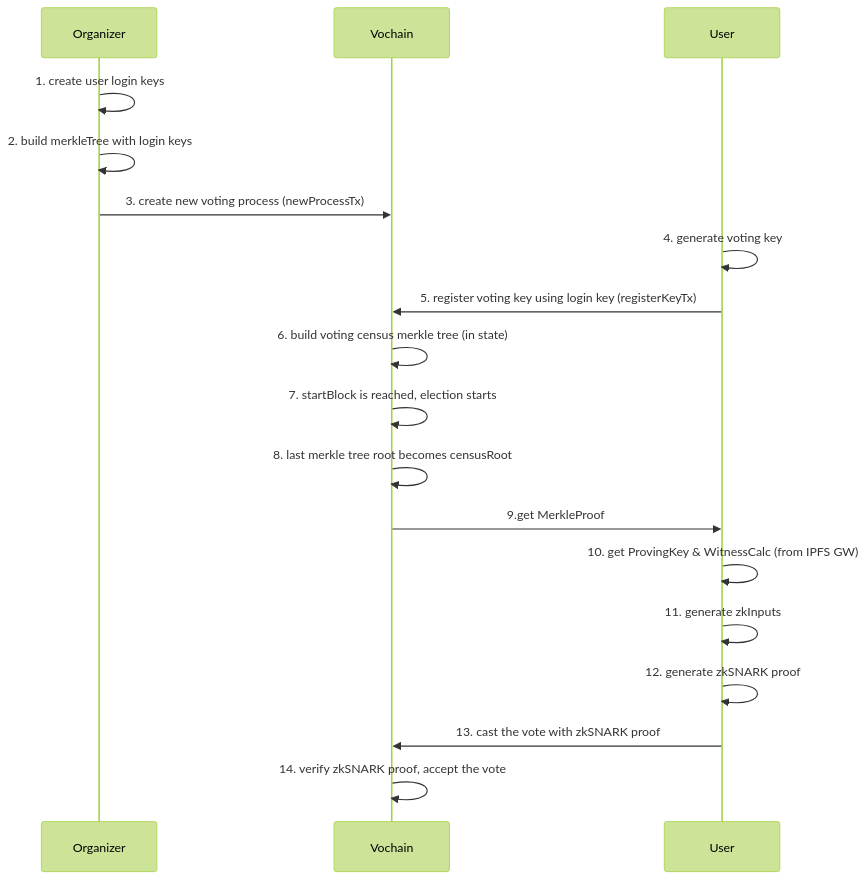
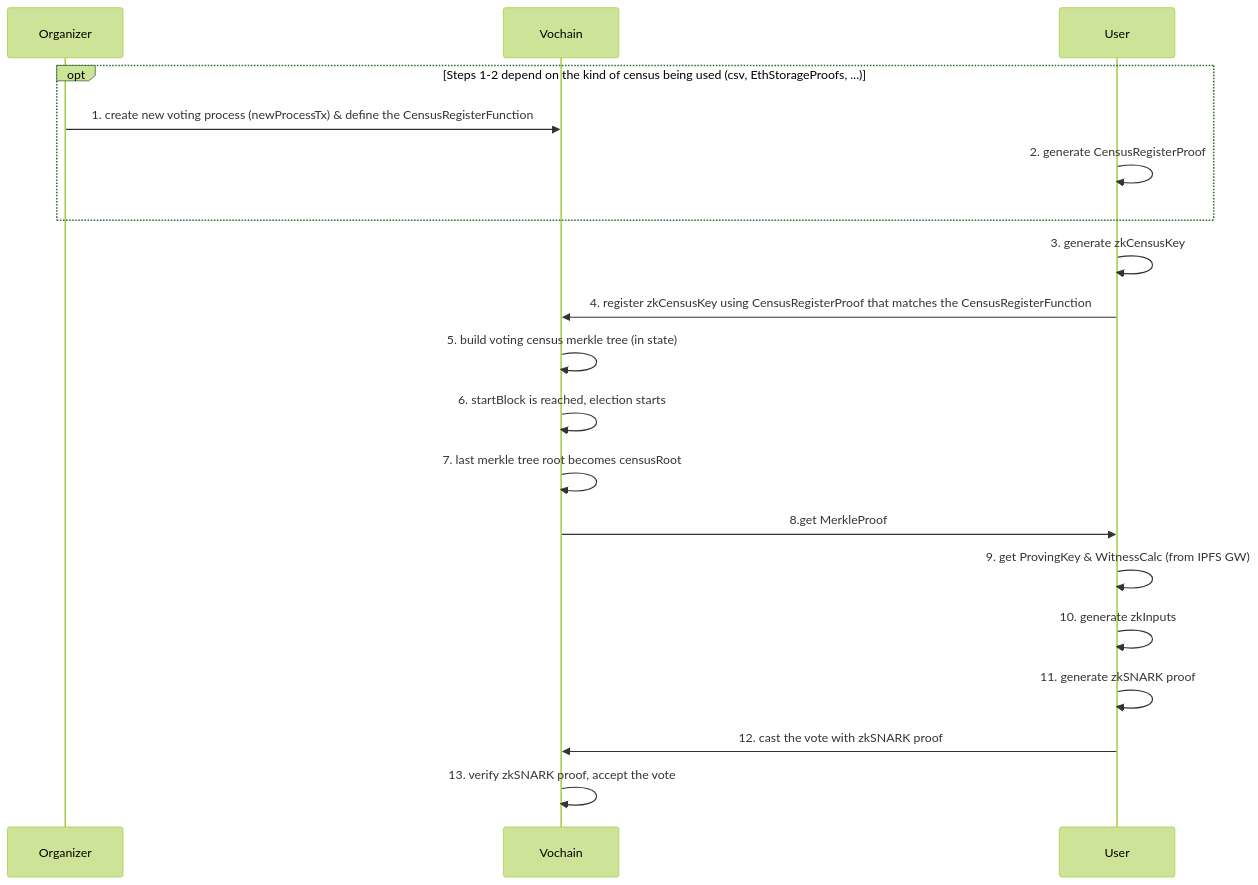
One commit to vocdoni/docs changed the first of 3 diagrams in src/architecture/protocol/anonymous-voting/zk-census-proof.md. Above: the diagram before and after it, drawn with Mermaid. The commit also changed other lines of this file and 1 other file, not shown here.

First line of the commit message:
Restructure zk-census-proof spec for a more modular understanding

````diff
--- a/src/architecture/protocol/anonymous-voting/zk-census-proof.md
+++ b/src/architecture/protocol/anonymous-voting/zk-census-proof.md
@@ -66,20 +66,22 @@
 ```mermaid
 %%{init: {'theme':'forest'}}%%
 
 sequenceDiagram
-Organizer->>Organizer: 1. create user login keys
-Organizer->>Organizer: 2. build merkleTree with login keys
-Organizer->>Vochain: 3. create new voting process (newProcessTx)
-User->>User: 4. generate voting key
-User->>Vochain: 5. register voting key using login key (registerKeyTx)
-Vochain->>Vochain: 6. build voting census merkle tree (in state)
-Vochain->>Vochain: 7. startBlock is reached, election starts
-Vochain->>Vochain: 8. last merkle tree root becomes censusRoot
-Vochain->>User: 9.get MerkleProof
+opt Steps 1-2 depend on the kind of census being used (csv, EthStorageProofs, ...)
+  Organizer->>Vochain: 1. create new voting process (newProcessTx) & define the CensusRegisterFunction
+  User->>User: 2. generate CensusRegisterProof
+end
+
+User->>User: 3. generate zkCensusKey
+User->>Vochain: 4. register zkCensusKey using CensusRegisterProof that matches the CensusRegisterFunction
+Vochain->>Vochain: 5. build voting census merkle tree (in state)
+Vochain->>Vochain: 6. startBlock is reached, election starts
+Vochain->>Vochain: 7. last merkle tree root becomes censusRoot
+Vochain->>User: 8.get MerkleProof
 # note, next line goes from User->User instead of User->IPFS to avoid spending a full column just for 1 query to IPFS
-User->>User: 10. get ProvingKey & WitnessCalc (from IPFS GW)
-User->>User: 11. generate zkInputs
-User->>User: 12. generate zkSNARK proof
-User->>Vochain: 13. cast the vote with zkSNARK proof
-Vochain->>Vochain: 14. verify zkSNARK proof, accept the vote
+User->>User: 9. get ProvingKey & WitnessCalc (from IPFS GW)
+User->>User: 10. generate zkInputs
+User->>User: 11. generate zkSNARK proof
+User->>Vochain: 12. cast the vote with zkSNARK proof
+Vochain->>Vochain: 13. verify zkSNARK proof, accept the vote
 ```
````
